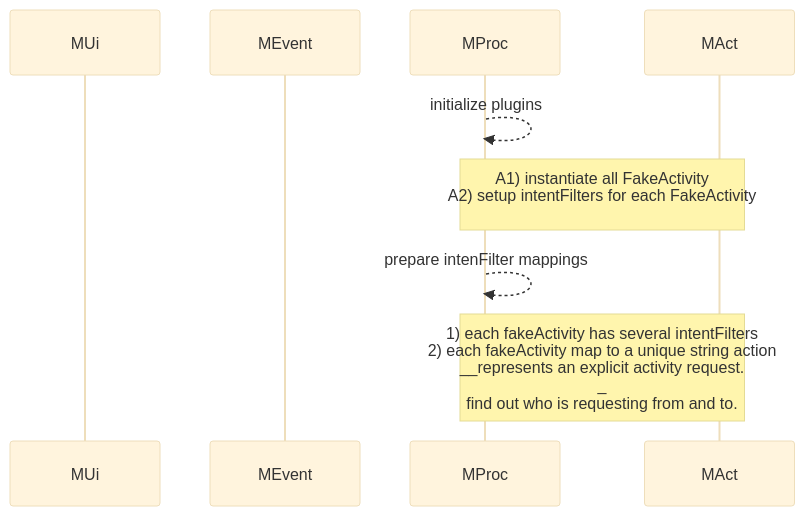
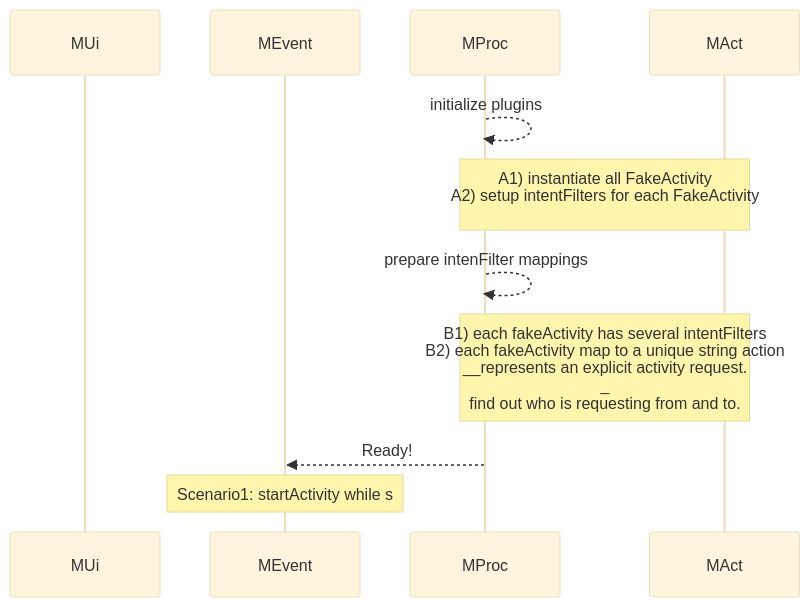
One commit to gordianknotC/nxp_note changed the third of 6 diagrams in flutter/android_to_flutter.md. Above: the diagram before and after it, drawn with Mermaid (base theme). The commit also changed other lines of this file, not shown here.

````diff
--- a/flutter/android_to_flutter.md
+++ b/flutter/android_to_flutter.md
@@ -50,14 +50,17 @@
 ```mermaid
 sequenceDiagram
 participant MUi
 participant MEvent
 participant MProc
 participant MAct
 
 MProc-->>MProc: initialize plugins
 Note over MProc,MAct: A1) instantiate all FakeActivity<br>A2) setup intentFilters for each FakeActivity<br>
 
 MProc-->>MProc: prepare intenFilter mappings
-Note over MProc, MAct: 1) each fakeActivity has several intentFilters<br>2) each fakeActivity map to a unique string action<br>__represents an explicit activity request.<br>_<br> find out who is requesting from and to.
+Note over MProc, MAct: B1) each fakeActivity has several intentFilters<br>B2) each fakeActivity map to a unique string action<br>__represents an explicit activity request.<br>_<br> find out who is requesting from and to.
 
+MProc-->>MEvent: Ready!
+
+Note over MEvent: Scenario1: startActivity while s
 ```
````
